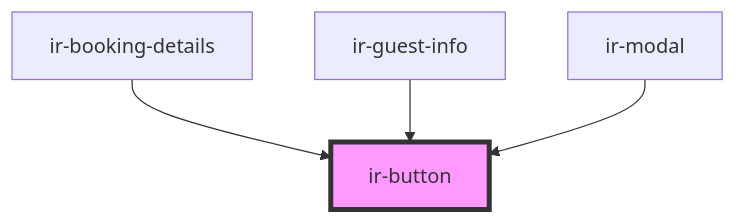
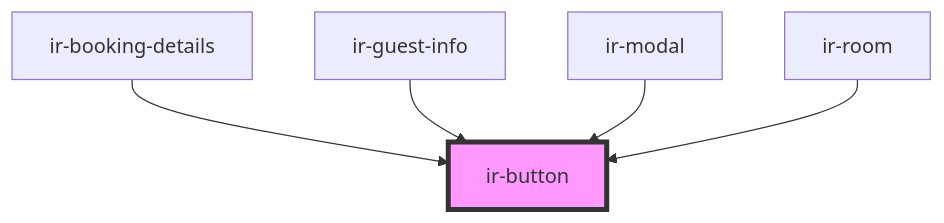
Before and after one commit to freddynasr/ir-webcmp: the diagram in src/components/ir-button/readme.md, drawn with Mermaid. The commit also changed other lines of this file and 14 other files, not shown here.

````diff
--- a/src/components/ir-button/readme.md
+++ b/src/components/ir-button/readme.md
@@ -39,7 +40,8 @@
 ```mermaid
 graph TD;
   ir-booking-details --> ir-button
   ir-guest-info --> ir-button
   ir-modal --> ir-button
+  ir-room --> ir-button
   style ir-button fill:#f9f,stroke:#333,stroke-width:4px
 ```
````
